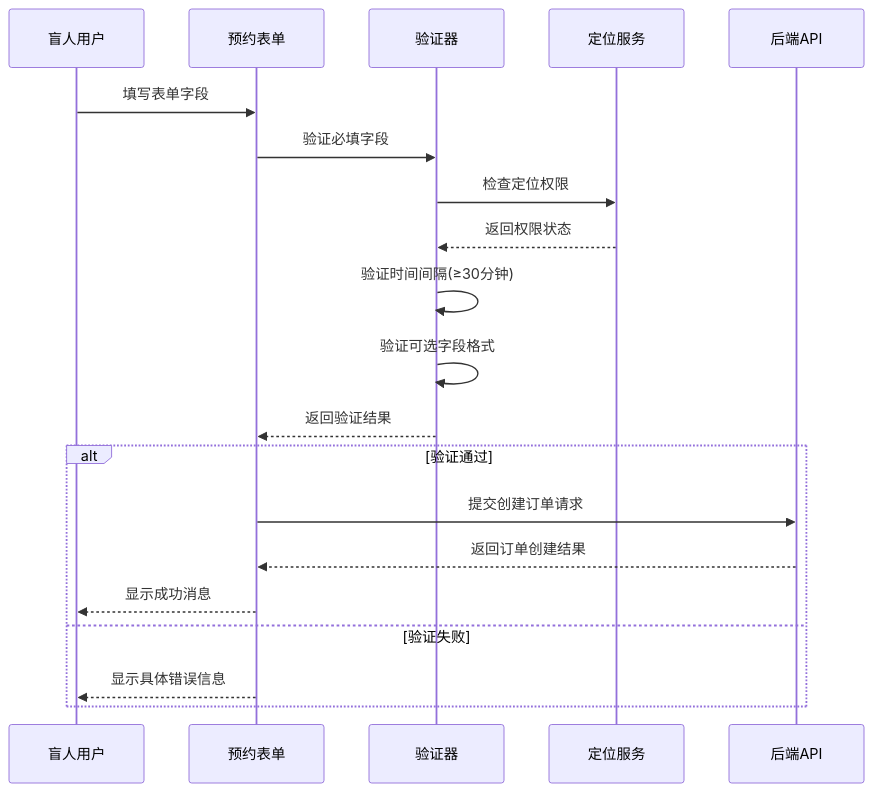
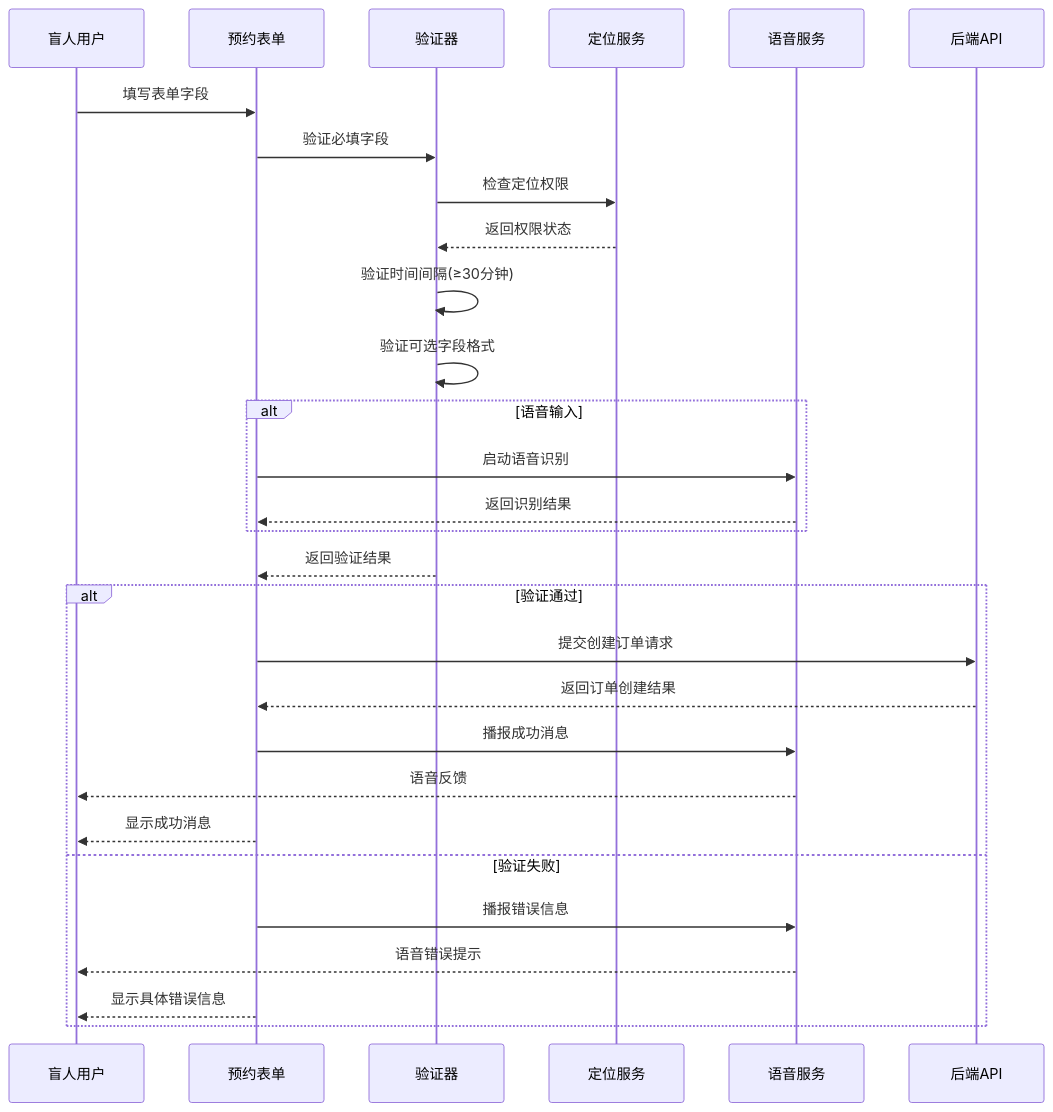
One commit to Jayden23018/blind-run-ios changed the fourth of 10 diagrams in .qoder/repowiki/zh/content/核心功能模块/盲人跑者功能/预约创建系统.md. Above: the diagram before and after it, drawn with Mermaid. The commit also changed other lines of this file and 14 other files, not shown here.

Commit message:
Improve blind runner booking map and speech input flows

````diff
--- a/.qoder/repowiki/zh/content/核心功能模块/盲人跑者功能/预约创建系统.md
+++ b/.qoder/repowiki/zh/content/核心功能模块/盲人跑者功能/预约创建系统.md
@@ -201,22 +234,31 @@
 ```mermaid
 sequenceDiagram
 participant User as 盲人用户
 participant Form as 预约表单
 participant Validator as 验证器
 participant Location as 定位服务
+participant Speech as 语音服务
 participant API as 后端API
 User->>Form : 填写表单字段
 Form->>Validator : 验证必填字段
 Validator->>Location : 检查定位权限
 Location-->>Validator : 返回权限状态
 Validator->>Validator : 验证时间间隔(≥30分钟)
 Validator->>Validator : 验证可选字段格式
+alt 语音输入
+Form->>Speech : 启动语音识别
+Speech-->>Form : 返回识别结果
+end
 Validator-->>Form : 返回验证结果
 alt 验证通过
 Form->>API : 提交创建订单请求
 API-->>Form : 返回订单创建结果
+Form->>Speech : 播报成功消息
+Speech-->>User : 语音反馈
 Form-->>User : 显示成功消息
 else 验证失败
+Form->>Speech : 播报错误信息
+Speech-->>User : 语音错误提示
 Form-->>User : 显示具体错误信息
 end
 ```
````
